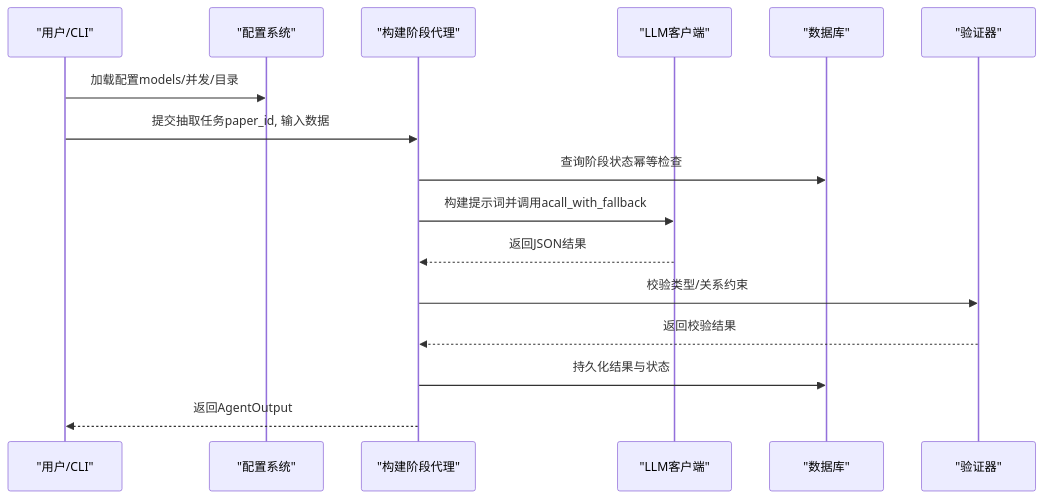
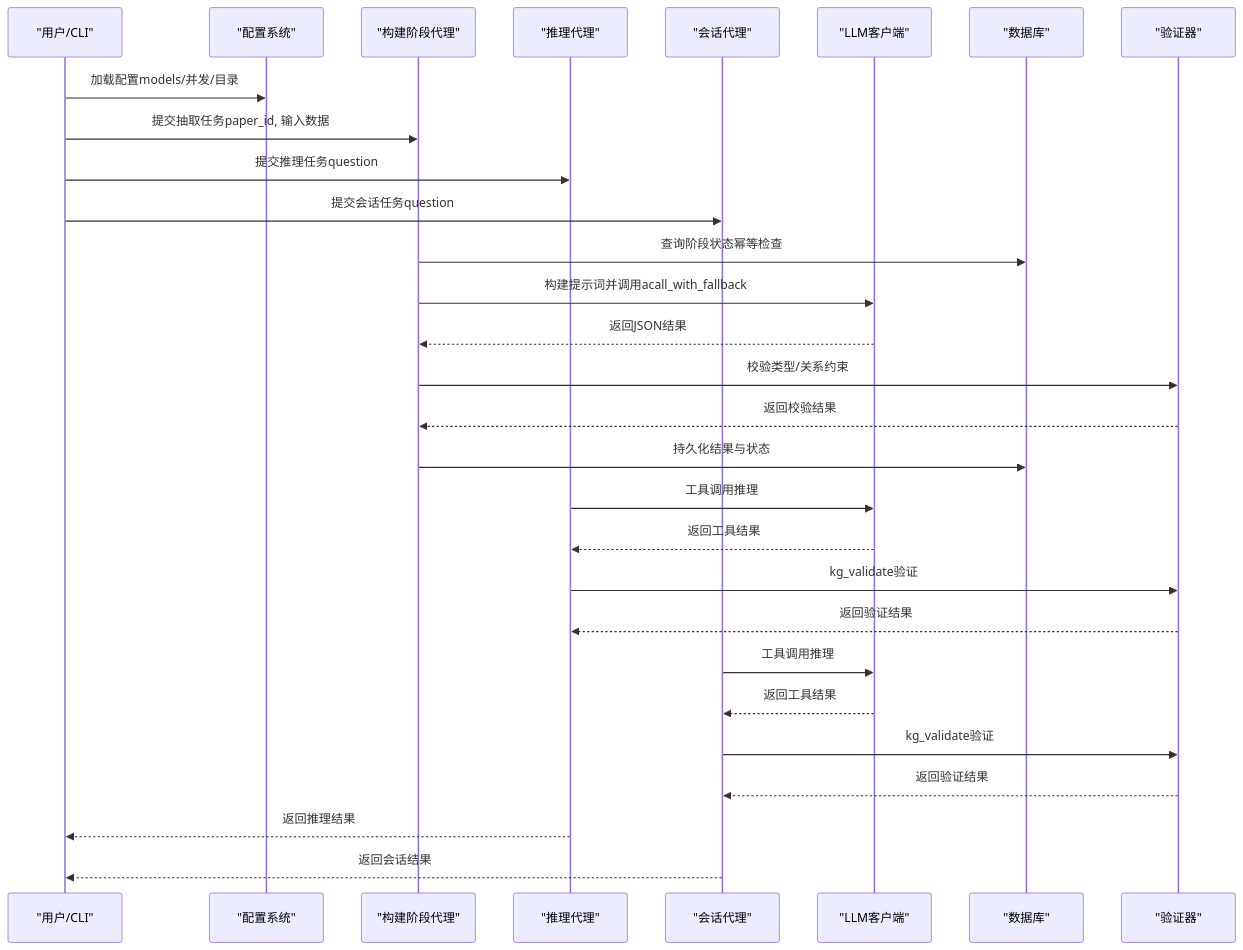
Before and after one commit to UynajGI/drbrain: the second of 11 diagrams in .qoder/repowiki/zh/content/API 参考/内部服务 API/知识抽取服务.md, drawn with Mermaid. The commit also changed other lines of this file and 7 other files, not shown here.

````diff
--- a/.qoder/repowiki/zh/content/API 参考/内部服务 API/知识抽取服务.md
+++ b/.qoder/repowiki/zh/content/API 参考/内部服务 API/知识抽取服务.md
@@ -115,18 +147,31 @@
 ```mermaid
 sequenceDiagram
 participant U as "用户/CLI"
 participant CFG as "配置系统"
 participant AG as "构建阶段代理"
+participant RA as "推理代理"
+participant SA as "会话代理"
 participant LLM as "LLM客户端"
 participant DB as "数据库"
 participant VAL as "验证器"
 U->>CFG : 加载配置models/并发/目录
 U->>AG : 提交抽取任务paper_id, 输入数据
+U->>RA : 提交推理任务question
+U->>SA : 提交会话任务question
 AG->>DB : 查询阶段状态幂等检查
 AG->>LLM : 构建提示词并调用acall_with_fallback
 LLM-->>AG : 返回JSON结果
 AG->>VAL : 校验类型/关系约束
 VAL-->>AG : 返回校验结果
 AG->>DB : 持久化结果与状态
-AG-->>U : 返回AgentOutput
+RA->>LLM : 工具调用推理
+LLM-->>RA : 返回工具结果
+RA->>VAL : kg_validate验证
+VAL-->>RA : 返回验证结果
+SA->>LLM : 工具调用推理
+LLM-->>SA : 返回工具结果
+SA->>VAL : kg_validate验证
+VAL-->>SA : 返回验证结果
+RA-->>U : 返回推理结果
+SA-->>U : 返回会话结果
 ```
````
